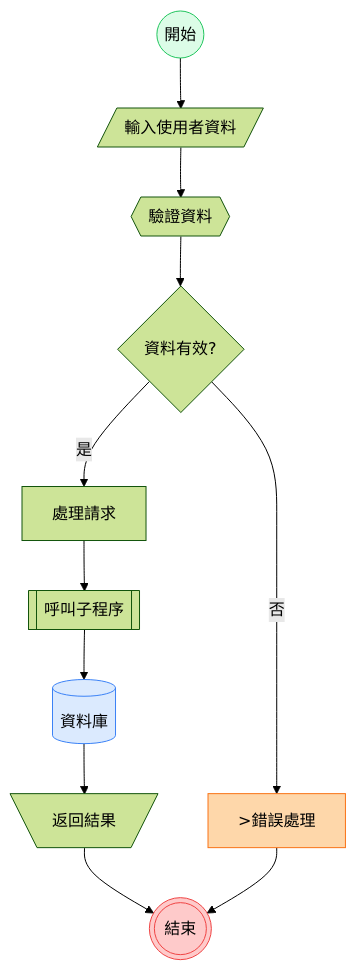
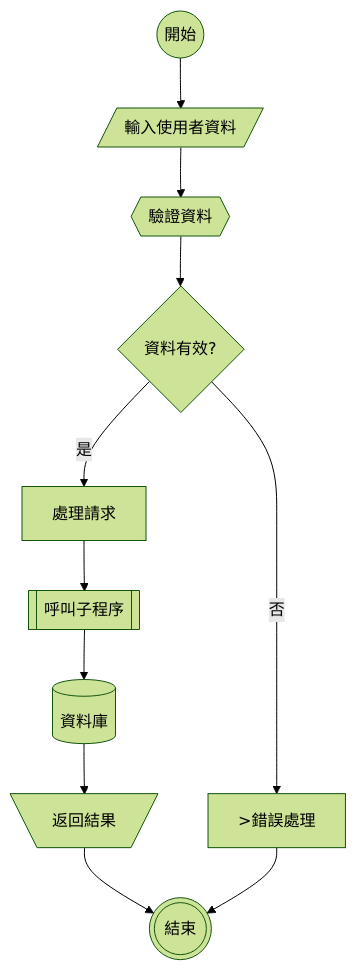
The eighth of 28 diagrams in skills/beautiful-mermaid/references/diagram-types.md (fredrick84823/fstack), drawn with Mermaid (forest theme) before and after one commit. The commit also changed other lines of this file and 23 other files, not shown here.

````diff
--- a/skills/beautiful-mermaid/references/diagram-types.md
+++ b/skills/beautiful-mermaid/references/diagram-types.md
@@ -146,29 +150,25 @@
 ```mermaid
 flowchart TB
     start((開始))
     input[/輸入使用者資料/]
     validate{{驗證資料}}
     decision{資料有效?}
     process[處理請求]
     db[(資料庫)]
     output[\返回結果/]
     error[>錯誤處理]
     sub[[呼叫子程序]]
     end_state(((結束)))
 
     start --> input
     input --> validate
     validate --> decision
     decision -->|是| process
     decision -->|否| error
     process --> sub
     sub --> db
     db --> output
     output --> end_state
     error --> end_state
 
-    style start fill:#dcfce7,stroke:#22c55e
-    style end_state fill:#fecaca,stroke:#ef4444
-    style db fill:#dbeafe,stroke:#3b82f6
-    style error fill:#fed7aa,stroke:#f97316
 ```
````
